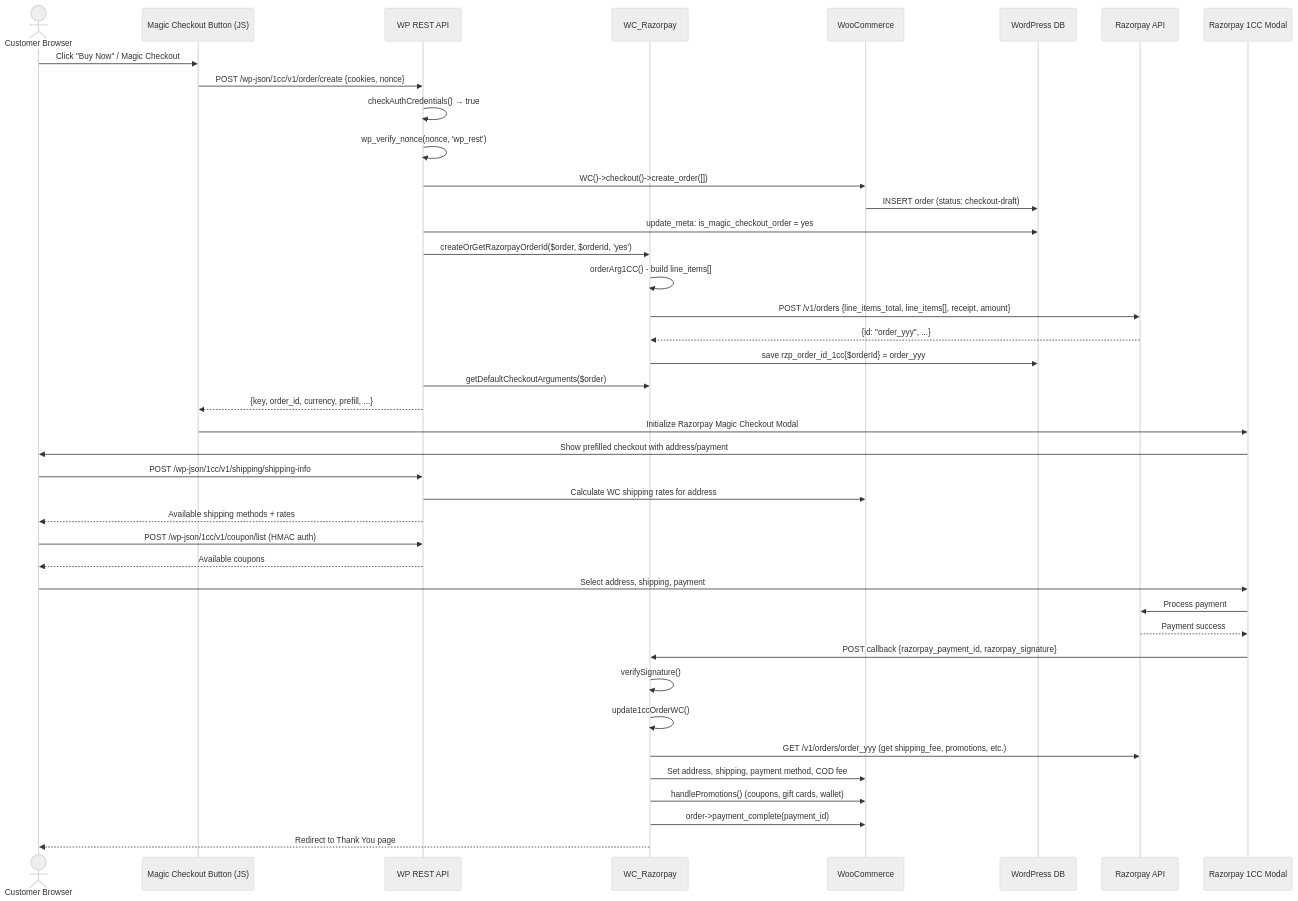
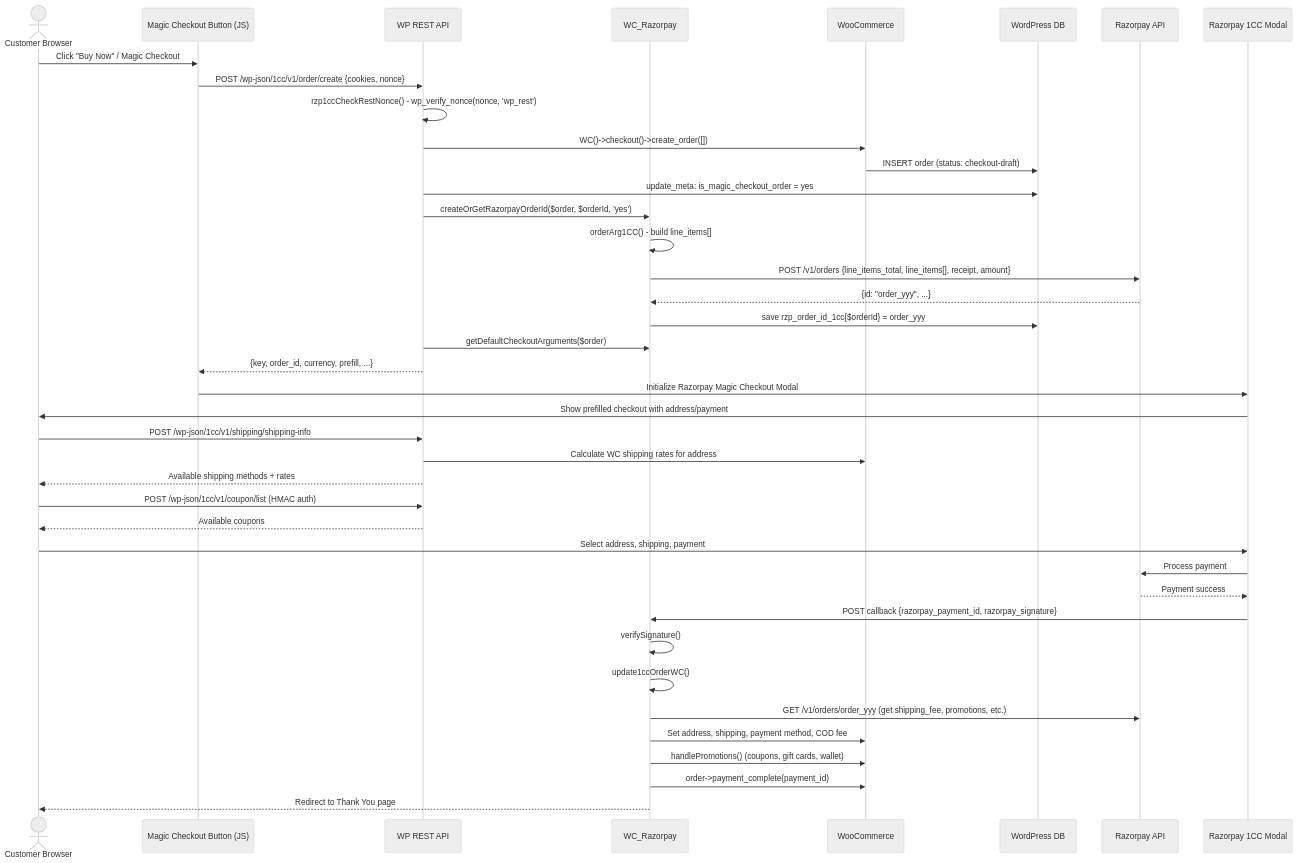
One commit to razorpay/razorpay-woocommerce changed the second of 2 diagrams in .ai/diagrams/LLD_CHECKOUT_SEQUENCE.md. Above: the diagram before and after it, drawn with Mermaid (neutral theme). The commit also changed 12 other files, not shown here.

````diff
--- a/.ai/diagrams/LLD_CHECKOUT_SEQUENCE.md
+++ b/.ai/diagrams/LLD_CHECKOUT_SEQUENCE.md
@@ -65,48 +65,47 @@
 ```mermaid
 sequenceDiagram
     actor Customer as Customer Browser
     participant BTN as Magic Checkout Button (JS)
     participant WPR as WP REST API
     participant GW as WC_Razorpay
     participant WC as WooCommerce
     participant DB as WordPress DB
     participant RZPAPI as Razorpay API
     participant Modal as Razorpay 1CC Modal
 
     Customer->>BTN: Click "Buy Now" / Magic Checkout
     BTN->>WPR: POST /wp-json/1cc/v1/order/create {cookies, nonce}
-    WPR->>WPR: checkAuthCredentials() → true
-    WPR->>WPR: wp_verify_nonce(nonce, 'wp_rest')
+    WPR->>WPR: rzp1ccCheckRestNonce() - wp_verify_nonce(nonce, 'wp_rest')
     WPR->>WC: WC()->checkout()->create_order([])
     WC->>DB: INSERT order (status: checkout-draft)
     WPR->>DB: update_meta: is_magic_checkout_order = yes
     WPR->>GW: createOrGetRazorpayOrderId($order, $orderId, 'yes')
     GW->>GW: orderArg1CC() - build line_items[]
     GW->>RZPAPI: POST /v1/orders {line_items_total, line_items[], receipt, amount}
     RZPAPI-->>GW: {id: "order_yyy", ...}
     GW->>DB: save rzp_order_id_1cc{$orderId} = order_yyy
     WPR->>GW: getDefaultCheckoutArguments($order)
     WPR-->>BTN: {key, order_id, currency, prefill, ...}
 
     BTN->>Modal: Initialize Razorpay Magic Checkout Modal
     Modal->>Customer: Show prefilled checkout with address/payment
 
     Customer->>WPR: POST /wp-json/1cc/v1/shipping/shipping-info
     WPR->>WC: Calculate WC shipping rates for address
     WPR-->>Customer: Available shipping methods + rates
 
     Customer->>WPR: POST /wp-json/1cc/v1/coupon/list (HMAC auth)
     WPR-->>Customer: Available coupons
 
     Customer->>Modal: Select address, shipping, payment
     Modal->>RZPAPI: Process payment
     RZPAPI-->>Modal: Payment success
     Modal->>GW: POST callback {razorpay_payment_id, razorpay_signature}
     GW->>GW: verifySignature()
     GW->>GW: update1ccOrderWC()
     GW->>RZPAPI: GET /v1/orders/order_yyy (get shipping_fee, promotions, etc.)
     GW->>WC: Set address, shipping, payment method, COD fee
     GW->>WC: handlePromotions() (coupons, gift cards, wallet)
     GW->>WC: order->payment_complete(payment_id)
     GW-->>Customer: Redirect to Thank You page
 ```
````
